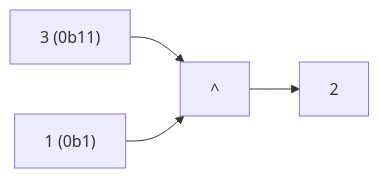
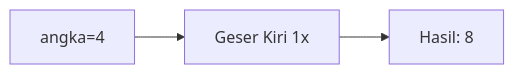
The first of 25 diagrams in part-c-pemahaman-cpp/06-bitwise/latihan/set-03.md (amnahwaida/OSNK_INF_PREP), drawn with Mermaid before and after one commit. The commit also changed other lines of this file and 71 other files, not shown here.

````diff
--- a/part-c-pemahaman-cpp/06-bitwise/latihan/set-03.md
+++ b/part-c-pemahaman-cpp/06-bitwise/latihan/set-03.md
@@ -20,6 +21,5 @@
 ```mermaid
 graph LR
-A["3 (0b11)"] --> C["^"]
-B["1 (0b1)"] --> C
-C --> D["2"]
+A["angka=4"] --> B["Geser Kiri 1x"]
+B --> C["Hasil: 8"]
 ```
````
